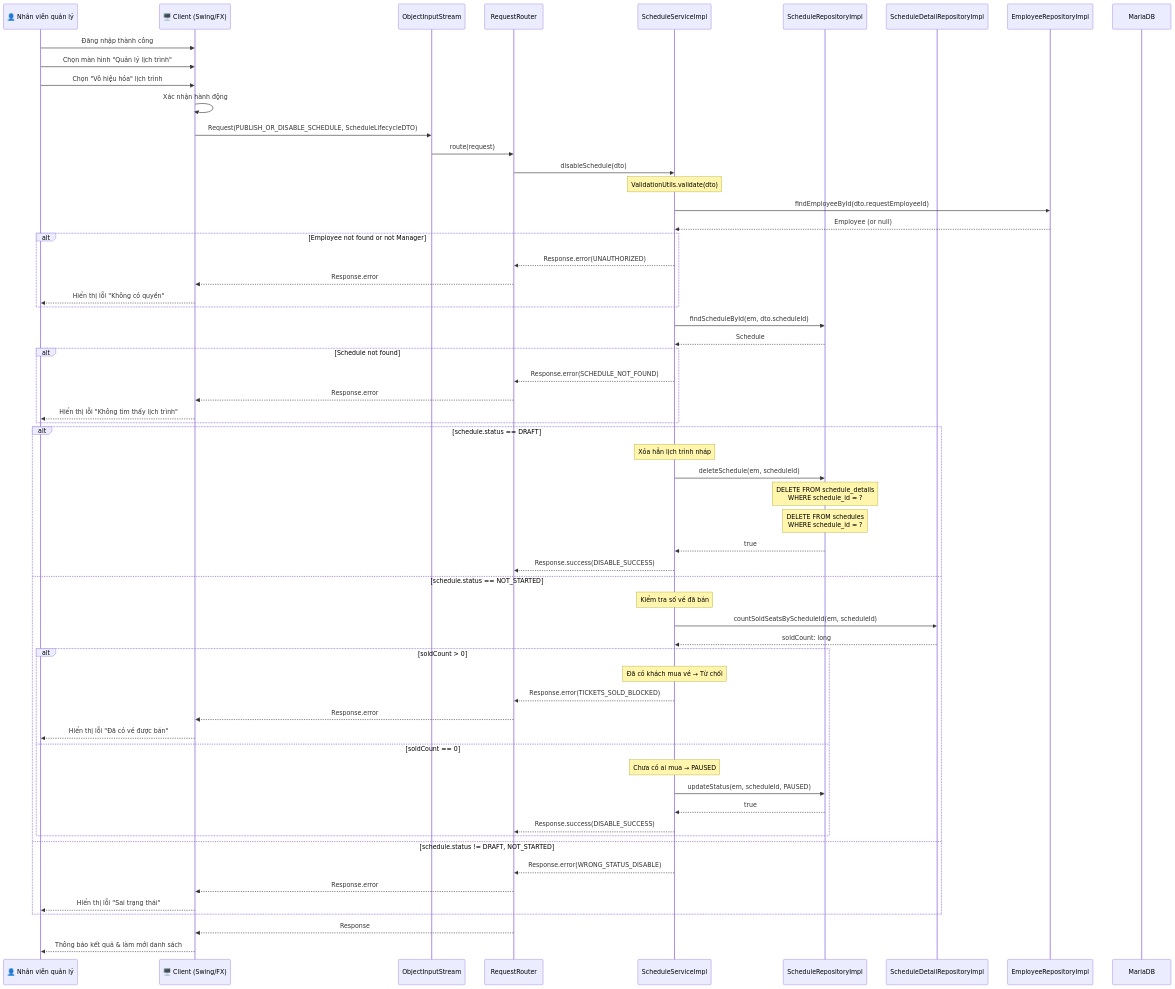
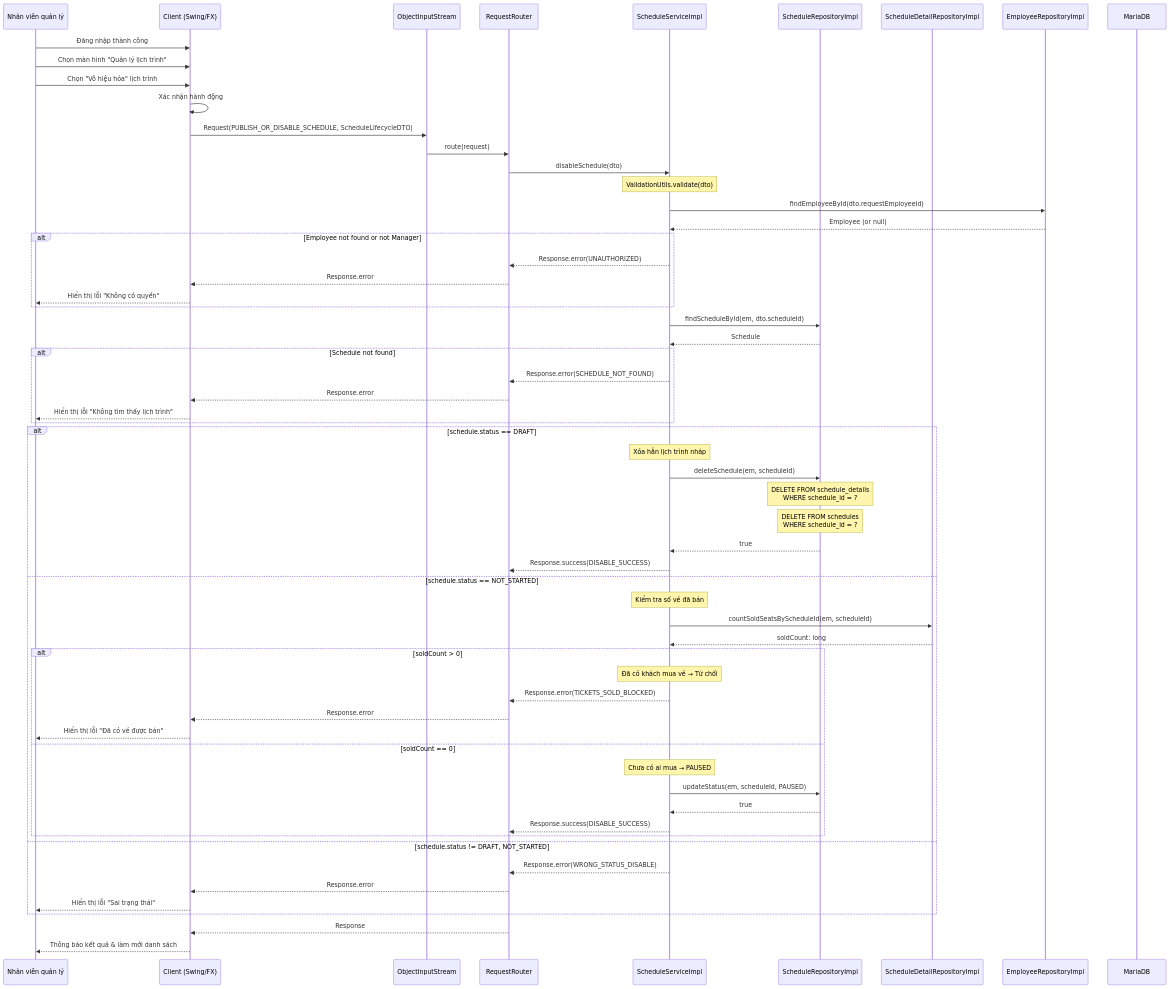
The second of 4 diagrams in docs/diagrams/sequence/uc008-vo-hieu-hoa-va-phat-trien-lich-trinh.md (Distributed-Programing-Project/railway-reservation-system-server), drawn with Mermaid before and after one commit. The commit also changed other lines of this file and 11 other files, not shown here.

First line of the commit message:
fix(diagram): remove all emojis/icons from sequence diagrams for consistency

````diff
--- a/docs/diagrams/sequence/uc008-vo-hieu-hoa-va-phat-trien-lich-trinh.md
+++ b/docs/diagrams/sequence/uc008-vo-hieu-hoa-va-phat-trien-lich-trinh.md
@@ -68,71 +68,71 @@
 ```mermaid
 sequenceDiagram
-    participant User as 👤 Nhân viên quản lý
-    participant UI as 🖥️ Client (Swing/FX)
+    participant User as Nhân viên quản lý
+    participant UI as Client (Swing/FX)
     participant OIS as ObjectInputStream
     participant RR as RequestRouter
     participant SS as ScheduleServiceImpl
     participant SR as ScheduleRepositoryImpl
     participant SDR as ScheduleDetailRepositoryImpl
     participant ER as EmployeeRepositoryImpl
     participant DB as MariaDB
 
     User->>UI: Đăng nhập thành công
     User->>UI: Chọn màn hình "Quản lý lịch trình"
     User->>UI: Chọn "Vô hiệu hóa" lịch trình
     UI->>UI: Xác nhận hành động
     UI->>OIS: Request(PUBLISH_OR_DISABLE_SCHEDULE, ScheduleLifecycleDTO)
     OIS->>RR: route(request)
     RR->>SS: disableSchedule(dto)
 
     Note over SS: ValidationUtils.validate(dto)
     SS->>ER: findEmployeeById(dto.requestEmployeeId)
     ER-->>SS: Employee (or null)
 
     alt Employee not found or not Manager
         SS-->>RR: Response.error(UNAUTHORIZED)
         RR-->>UI: Response.error
         UI-->>User: Hiển thị lỗi "Không có quyền"
     end
 
     SS->>SR: findScheduleById(em, dto.scheduleId)
     SR-->>SS: Schedule
 
     alt Schedule not found
         SS-->>RR: Response.error(SCHEDULE_NOT_FOUND)
         RR-->>UI: Response.error
         UI-->>User: Hiển thị lỗi "Không tìm thấy lịch trình"
     end
 
     alt schedule.status == DRAFT
         Note over SS: Xóa hẳn lịch trình nháp
         SS->>SR: deleteSchedule(em, scheduleId)
         Note over SR: DELETE FROM schedule_details<br/>WHERE schedule_id = ?
         Note over SR: DELETE FROM schedules<br/>WHERE schedule_id = ?
         SR-->>SS: true
         SS-->>RR: Response.success(DISABLE_SUCCESS)
     else schedule.status == NOT_STARTED
         Note over SS: Kiểm tra số vé đã bán
         SS->>SDR: countSoldSeatsByScheduleId(em, scheduleId)
         SDR-->>SS: soldCount: long
 
         alt soldCount > 0
             Note over SS: Đã có khách mua vé → Từ chối
             SS-->>RR: Response.error(TICKETS_SOLD_BLOCKED)
             RR-->>UI: Response.error
             UI-->>User: Hiển thị lỗi "Đã có vé được bán"
         else soldCount == 0
             Note over SS: Chưa có ai mua → PAUSED
             SS->>SR: updateStatus(em, scheduleId, PAUSED)
             SR-->>SS: true
             SS-->>RR: Response.success(DISABLE_SUCCESS)
         end
     else schedule.status != DRAFT, NOT_STARTED
         SS-->>RR: Response.error(WRONG_STATUS_DISABLE)
         RR-->>UI: Response.error
         UI-->>User: Hiển thị lỗi "Sai trạng thái"
     end
 
     RR-->>UI: Response
     UI-->>User: Thông báo kết quả & làm mới danh sách
 ```
````
